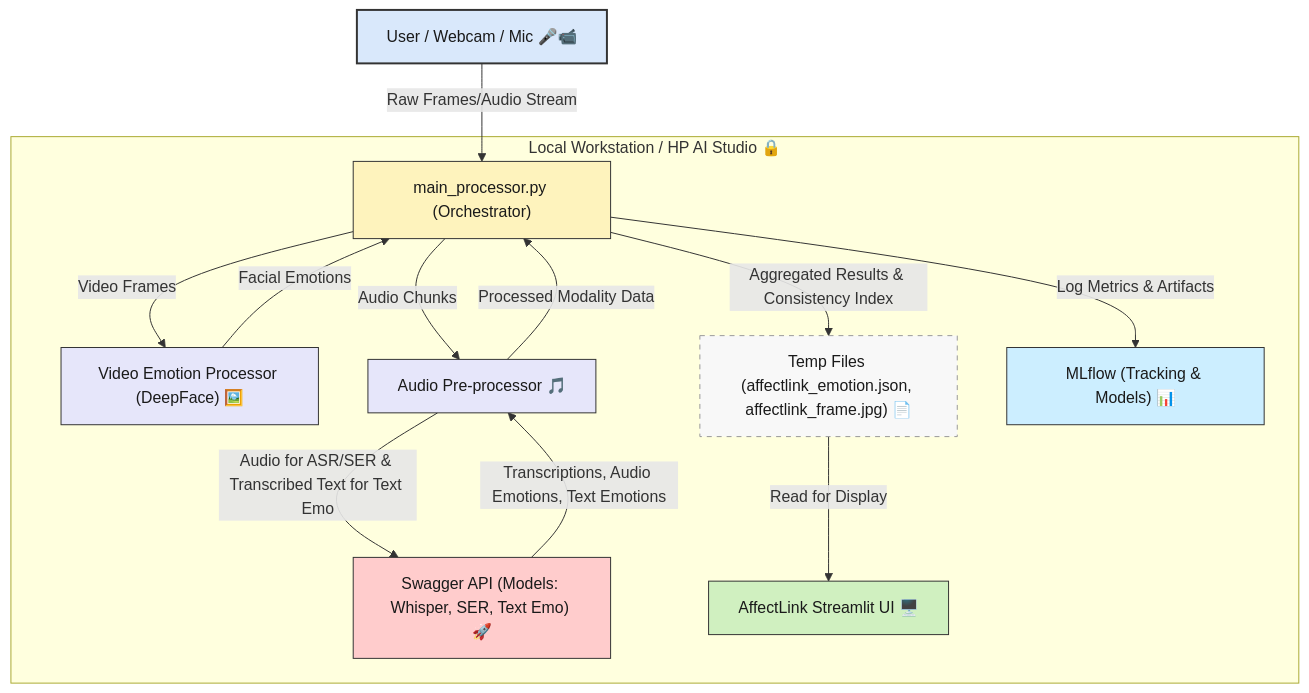
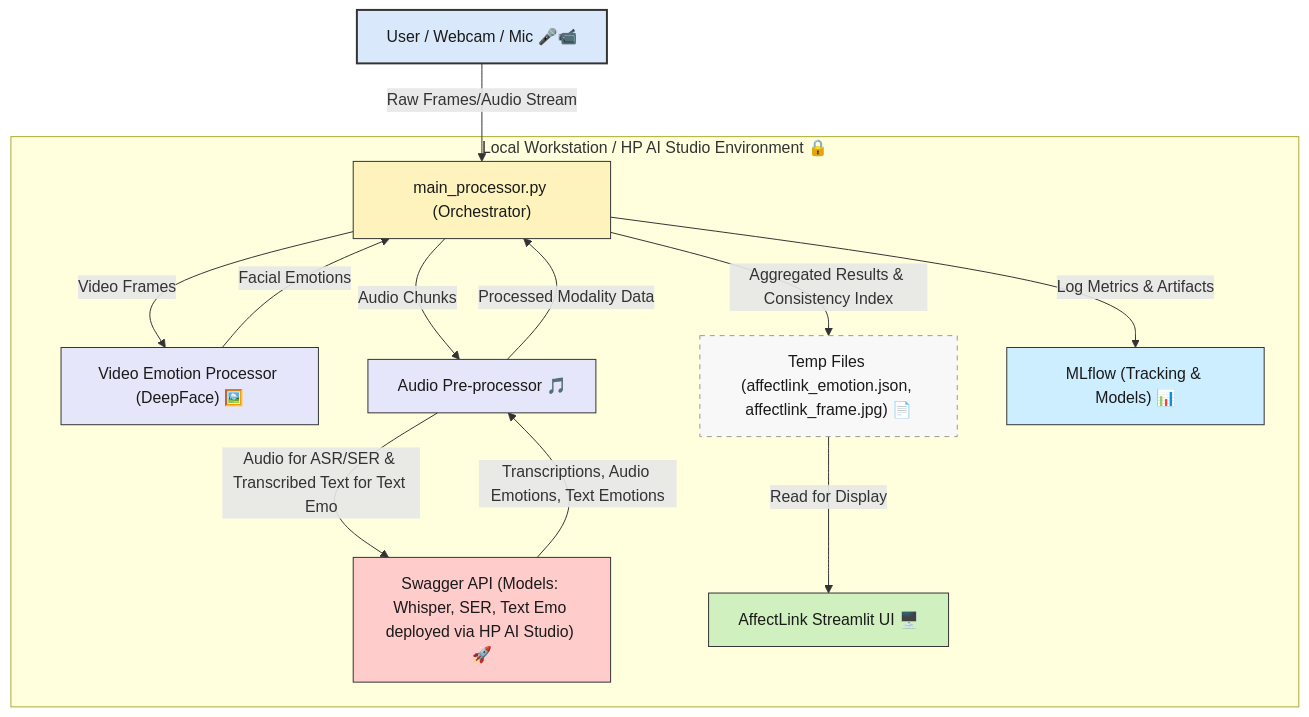
Before and after one commit to kingkw1/AffectLink: the diagram in README.md, drawn with Mermaid. The commit also changed other lines of this file, not shown here.

````diff
--- a/README.md
+++ b/README.md
@@ -39,31 +123,31 @@
 ```mermaid
 graph TD
     A["User / Webcam / Mic 🎤📹"] -->|Raw Frames/Audio Stream| C["main_processor.py (Orchestrator)"]
 
-    subgraph "Local Workstation / HP AI Studio 🔒"
+    subgraph "Local Workstation / HP AI Studio Environment 🔒"
         C -->|Video Frames| E["Video Emotion Processor (DeepFace) 🖼️"]
         E -->|Facial Emotions| C
 
         C -->|Audio Chunks| D["Audio Pre-processor 🎵"]
         
         %% Consolidated Swagger API for all deployed models
-        D -->|Audio for ASR/SER & Transcribed Text for Text Emo| G["Swagger API (Models: Whisper, SER, Text Emo) 🚀"]
+        D -->|Audio for ASR/SER & Transcribed Text for Text Emo| G["Swagger API (Models: Whisper, SER, Text Emo deployed via HP AI Studio) 🚀"]
         G -->|Transcriptions, Audio Emotions, Text Emotions| D
 
         D -->|Processed Modality Data| C
 
         C -->|Aggregated Results & Consistency Index| TempFiles["Temp Files (affectlink_emotion.json, affectlink_frame.jpg) 📄"]
         TempFiles -->|Read for Display| B["AffectLink Streamlit UI 🖥️"]
 
         C -->|Log Metrics & Artifacts| F["MLflow (Tracking & Models) 📊"]
     end
     
     style A fill:#d9e8fb,stroke:#333,stroke-width:2px,color:#1a1a1a
     style B fill:#d0f0c0,stroke:#333,color:#1a1a1a
     style C fill:#fef3bd,stroke:#333,color:#1a1a1a
     style D fill:#e6e6fa,stroke:#333,color:#1a1a1a
     style E fill:#e6e6fa,stroke:#333,color:#1a1a1a
     style F fill:#cceeff,stroke:#333,color:#1a1a1a
     style G fill:#ffcccc,stroke:#333,color:#1a1a1a
     style TempFiles fill:#f8f8f8,stroke:#999,stroke-dasharray: 5 5,color:#1a1a1a
 ```
````
